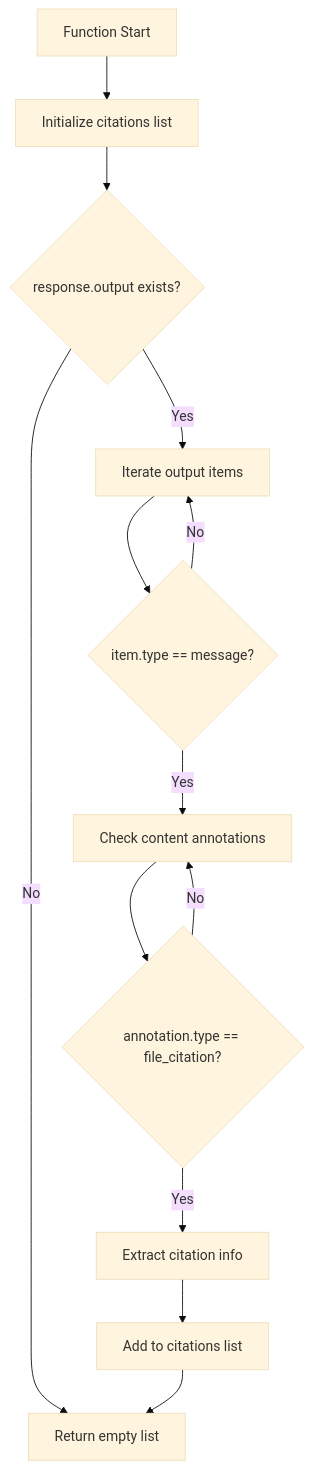
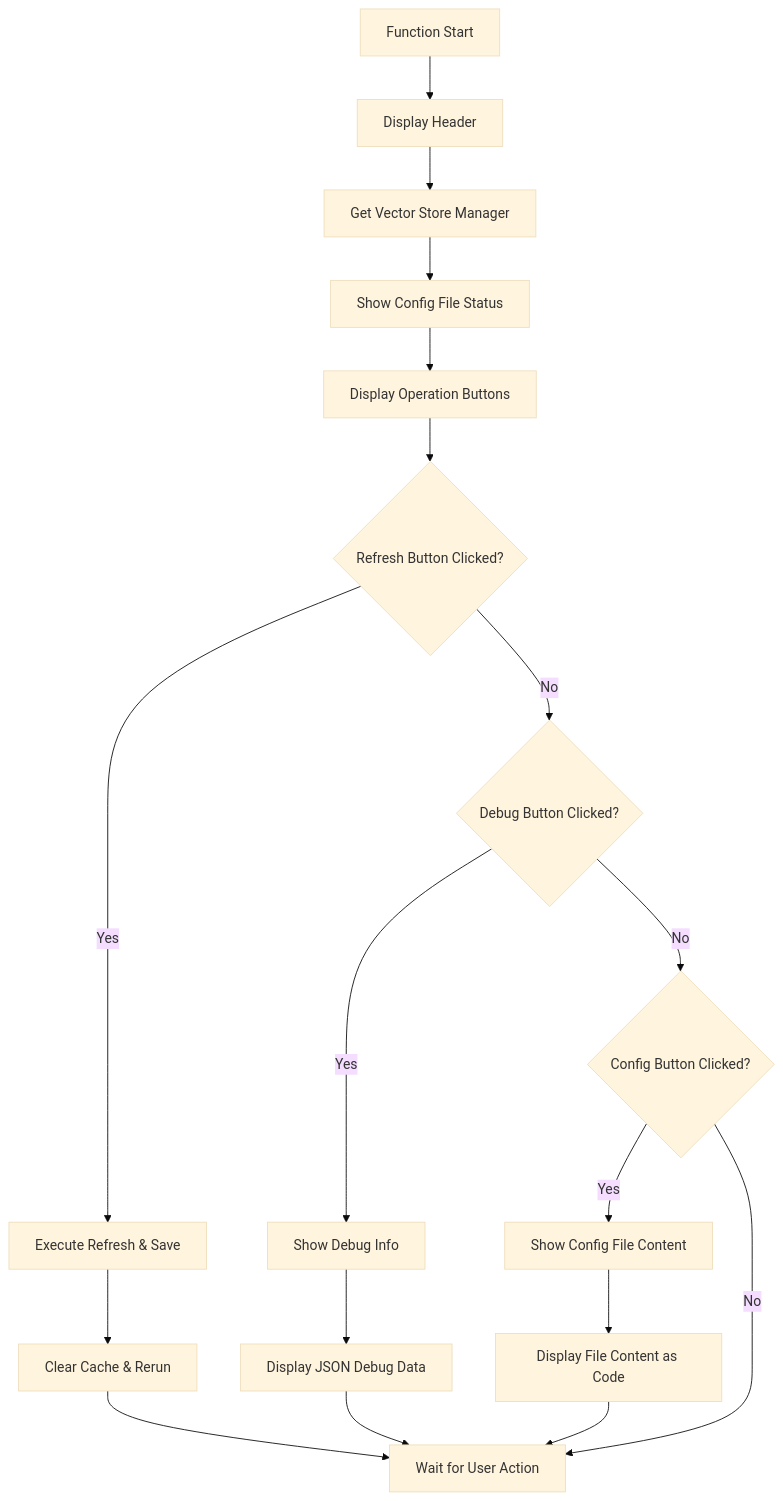
The tenth of 15 diagrams in doc/a30_30_rag_search.md (nakashima2toshio/openai_rag_app), drawn with Mermaid (base theme) before and after one commit. The commit also changed other lines of this file, not shown here.

````diff
--- a/doc/a30_30_rag_search.md
+++ b/doc/a30_30_rag_search.md
@@ -406,15 +482,20 @@
 ```mermaid
 graph TD
-    A["Function Start"] --> B["Initialize citations list"]
-    B --> C{"response.output exists?"}
-    C -->|Yes| D["Iterate output items"]
-    D --> E{"item.type == message?"}
-    E -->|Yes| F["Check content annotations"]
-    F --> G{"annotation.type == file_citation?"}
-    G -->|Yes| H["Extract citation info"]
-    H --> I["Add to citations list"]
-    G -->|No| F
-    E -->|No| D
-    C -->|No| J["Return empty list"]
-    I --> J
+    A["Function Start"] --> B["Display Header"]
+    B --> C["Get Vector Store Manager"]
+    C --> D["Show Config File Status"]
+    D --> E["Display Operation Buttons"]
+    E --> F{"Refresh Button Clicked?"}
+    F -->|Yes| G["Execute Refresh & Save"]
+    F -->|No| H{"Debug Button Clicked?"}
+    G --> I["Clear Cache & Rerun"]
+    H -->|Yes| J["Show Debug Info"]
+    H -->|No| K{"Config Button Clicked?"}
+    J --> L["Display JSON Debug Data"]
+    K -->|Yes| M["Show Config File Content"]
+    K -->|No| N["Wait for User Action"]
+    M --> O["Display File Content as Code"]
+    L --> N
+    O --> N
+    I --> N
 ```
````
